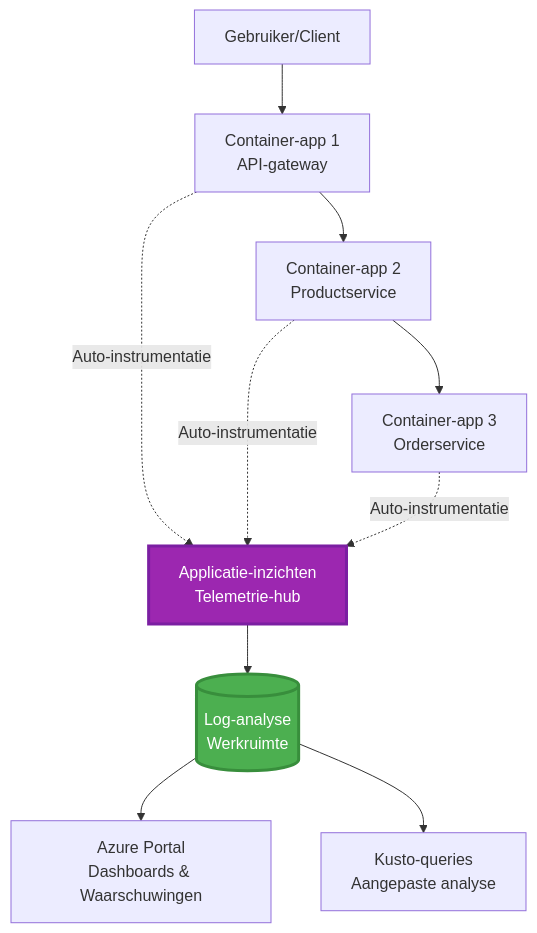
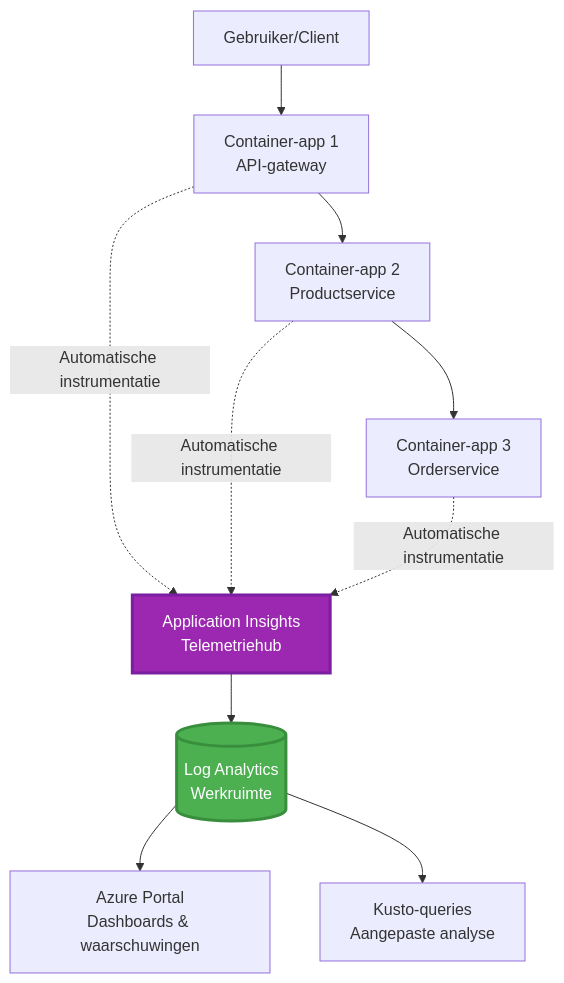
One commit to microsoft/AZD-for-beginners changed the first of 2 diagrams in translations/nl/docs/chapter-06-pre-deployment/application-insights.md. Above: the diagram before and after it, drawn with Mermaid. The commit also changed other lines of this file and 101 other files, not shown here.

````diff
--- a/translations/nl/docs/chapter-06-pre-deployment/application-insights.md
+++ b/translations/nl/docs/chapter-06-pre-deployment/application-insights.md
@@ -58,28 +58,28 @@
 ```mermaid
 graph TB
     User[Gebruiker/Client]
     App1[Container-app 1<br/>API-gateway]
     App2[Container-app 2<br/>Productservice]
     App3[Container-app 3<br/>Orderservice]
     
-    AppInsights[Applicatie-inzichten<br/>Telemetrie-hub]
-    LogAnalytics[(Log-analyse<br/>Werkruimte)]
+    AppInsights[Application Insights<br/>Telemetriehub]
+    LogAnalytics[(Log Analytics<br/>Werkruimte)]
     
-    Portal[Azure Portal<br/>Dashboards & Waarschuwingen]
+    Portal[Azure Portal<br/>Dashboards & waarschuwingen]
     Query[Kusto-queries<br/>Aangepaste analyse]
     
     User --> App1
     App1 --> App2
     App2 --> App3
     
-    App1 -.->|Auto-instrumentatie| AppInsights
-    App2 -.->|Auto-instrumentatie| AppInsights
-    App3 -.->|Auto-instrumentatie| AppInsights
+    App1 -.->|Automatische instrumentatie| AppInsights
+    App2 -.->|Automatische instrumentatie| AppInsights
+    App3 -.->|Automatische instrumentatie| AppInsights
     
     AppInsights --> LogAnalytics
     LogAnalytics --> Portal
     LogAnalytics --> Query
     
     style AppInsights fill:#9C27B0,stroke:#7B1FA2,stroke-width:3px,color:#fff
     style LogAnalytics fill:#4CAF50,stroke:#388E3C,stroke-width:3px,color:#fff
 ```
````
